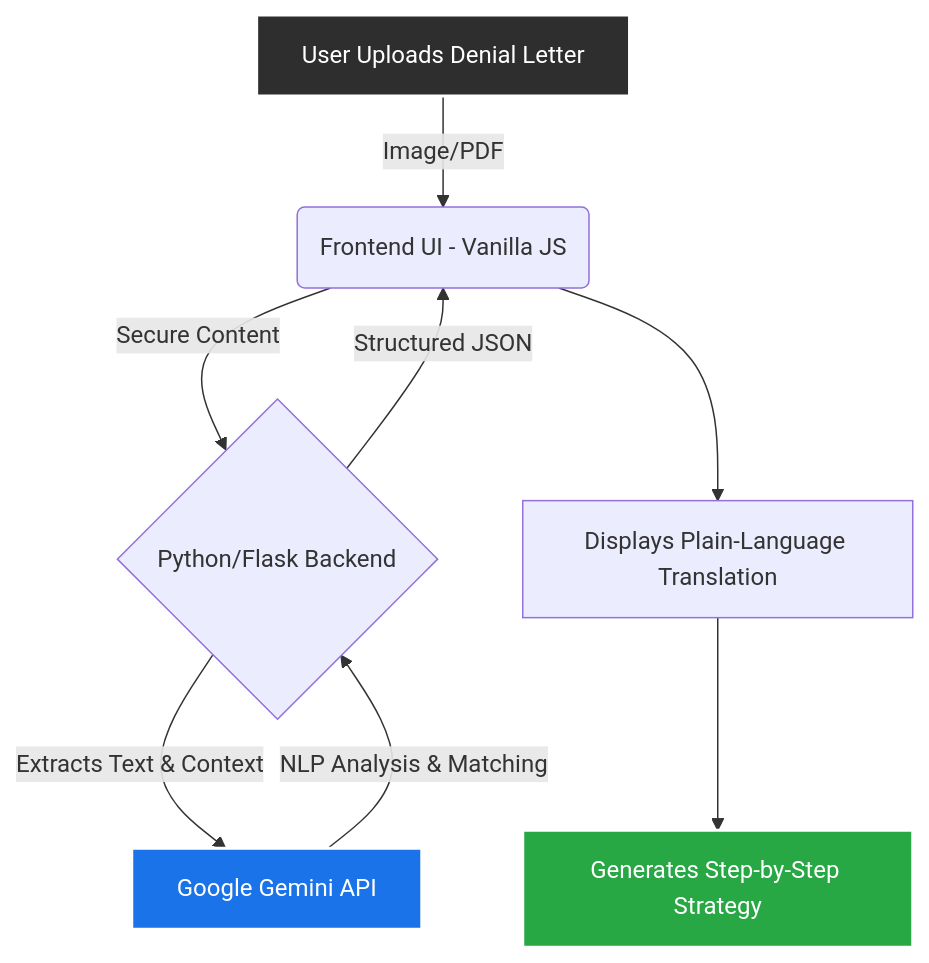
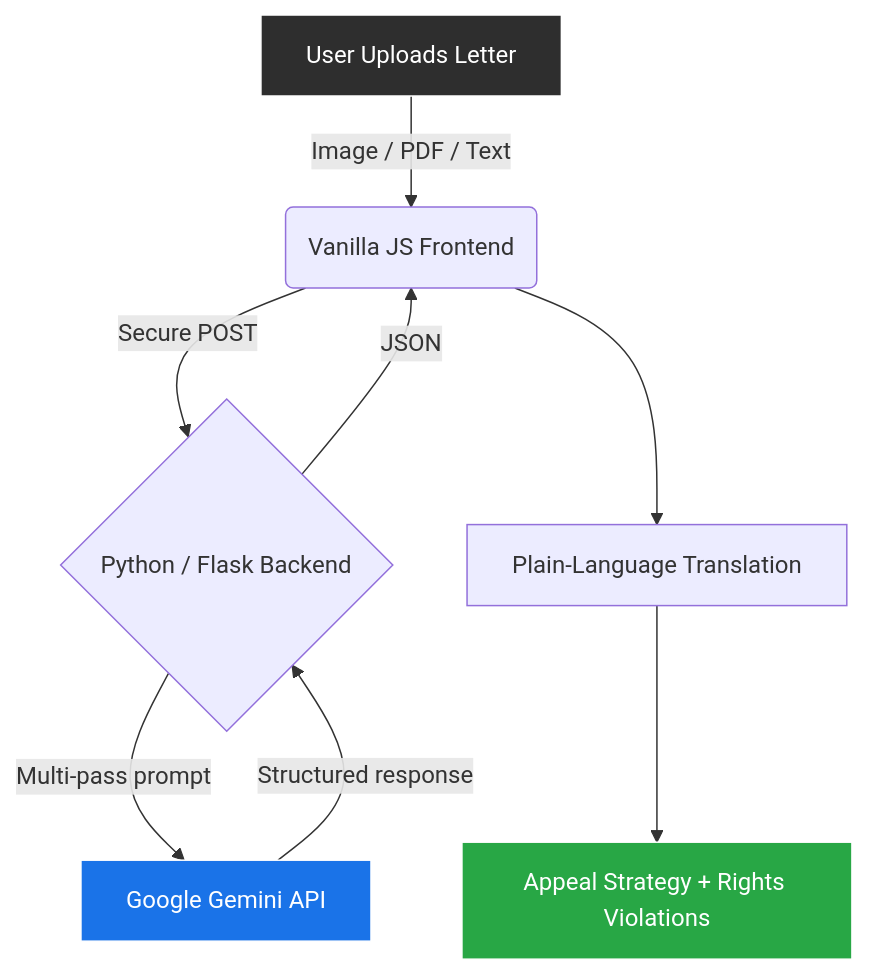
One commit to Iceman-Dann/UnDenied changed the diagram in README.md. Above: the diagram before and after it, drawn with Mermaid. The commit also changed other lines of this file and 1 other file, not shown here.

````diff
--- a/README.md
+++ b/README.md
@@ -72,14 +138,14 @@
 ```mermaid
 graph TD
-    A[User Uploads Denial Letter] -->|Image/PDF| B(Frontend UI - Vanilla JS)
-    B -->|Secure Content| C{Python/Flask Backend}
-    C -->|Extracts Text & Context| D[Google Gemini API]
-    D -->|NLP Analysis & Matching| C
-    C -->|Structured JSON| B
-    B --> E[Displays Plain-Language Translation]
-    E --> F[Generates Step-by-Step Strategy]
-    
-    style A fill:#2e2e2e,stroke:#fff,stroke-width:2px,color:#fff
-    style D fill:#1a73e8,stroke:#fff,stroke-width:2px,color:#fff
-    style F fill:#28a745,stroke:#fff,stroke-width:2px,color:#fff
+    A[User Uploads Letter] -->|Image / PDF / Text| B(Vanilla JS Frontend)
+    B -->|Secure POST| C{Python / Flask Backend}
+    C -->|Multi-pass prompt| D[Google Gemini API]
+    D -->|Structured response| C
+    C -->|JSON| B
+    B --> E[Plain-Language Translation]
+    E --> F[Appeal Strategy + Rights Violations]
+
+    style A fill:#2e2e2e,stroke:#fff,color:#fff
+    style D fill:#1a73e8,stroke:#fff,color:#fff
+    style F fill:#28a745,stroke:#fff,color:#fff
 ```
````
